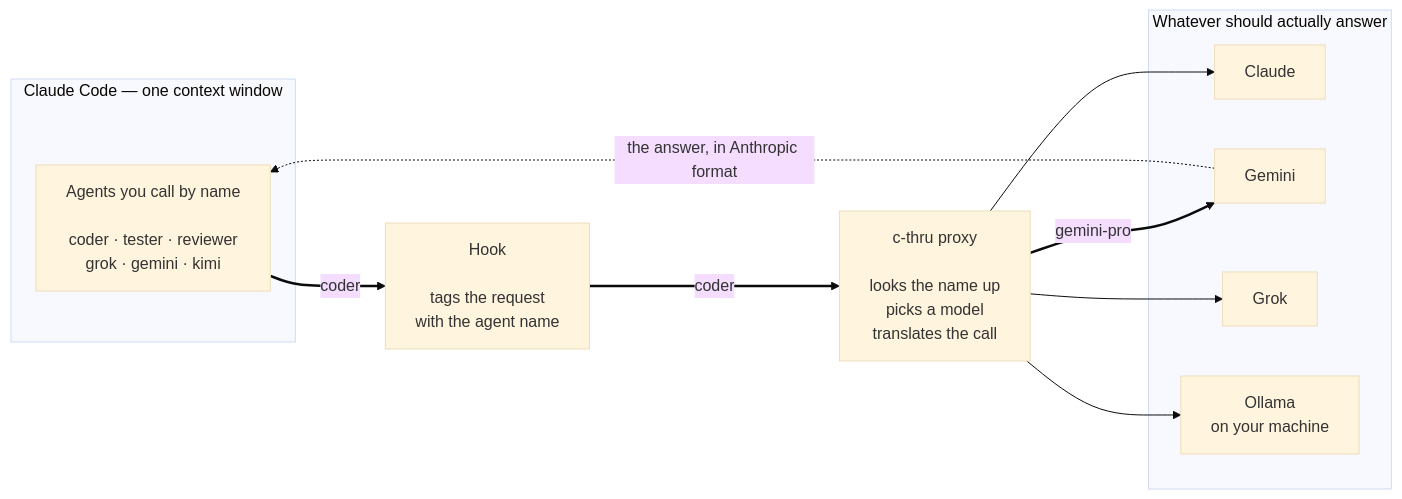
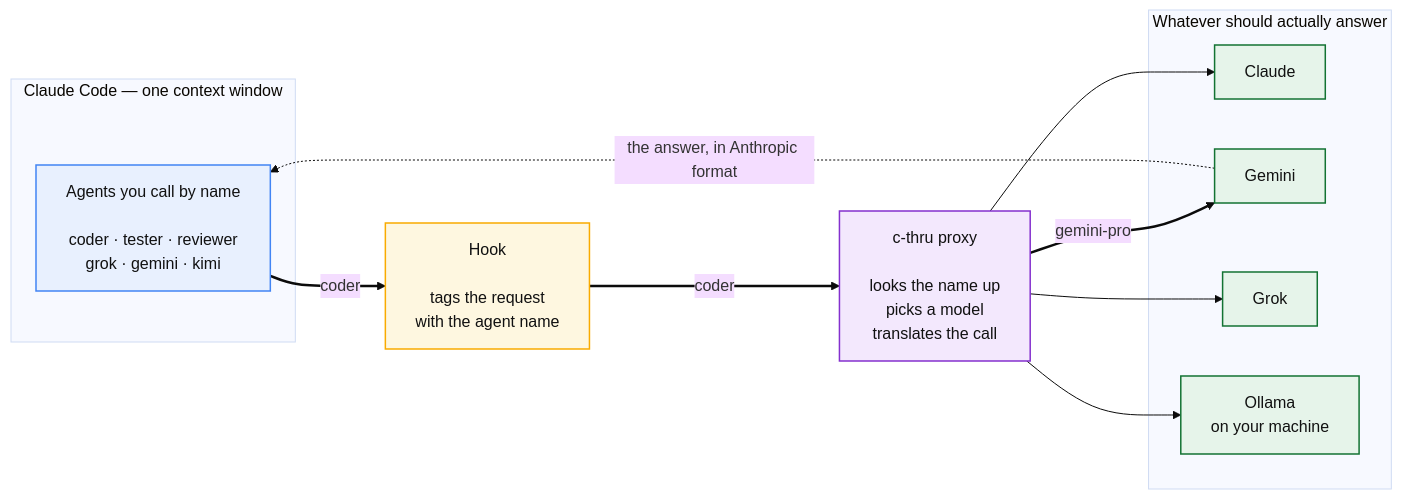
Before and after one commit to whichguy/c-thru: the second of 6 diagrams in README.md, drawn with Mermaid (base theme). The commit also changed other lines of this file and 1 other file, not shown here.

````diff
--- a/README.md
+++ b/README.md
@@ -169,27 +169,36 @@
 ```mermaid
 flowchart LR
     subgraph CC["Claude Code — one context window"]
         AGENTS["Agents you call by name<br/><br/>coder · tester · reviewer<br/>grok · gemini · kimi"]
     end
 
     HOOK["Hook<br/><br/>tags the request<br/>with the agent name"]
 
     PROXY["c-thru proxy<br/><br/>looks the name up<br/>picks a model<br/>translates the call"]
 
     subgraph MODELS["Whatever should actually answer"]
         M1["Claude"]
         M2["Gemini"]
         M3["Grok"]
         M4["Ollama<br/>on your machine"]
     end
 
     AGENTS -->|"coder"| HOOK
     HOOK -->|"coder"| PROXY
     PROXY -->|"gemini-pro"| M2
     PROXY --> M1
     PROXY --> M3
     PROXY --> M4
     M2 -.->|"the answer, in Anthropic format"| AGENTS
 
     linkStyle 0,1,2 stroke-width:2.5px
+
+    classDef harness  fill:#E8F0FE,stroke:#4285F4,stroke-width:1.5px,color:#111
+    classDef hook     fill:#FEF7E0,stroke:#F9AB00,stroke-width:1.5px,color:#111
+    classDef proxy    fill:#F3E8FD,stroke:#8430CE,stroke-width:1.5px,color:#111
+    classDef provider fill:#E6F4EA,stroke:#137333,stroke-width:1.5px,color:#111
+    class AGENTS harness
+    class HOOK hook
+    class PROXY proxy
+    class M1,M2,M3,M4 provider
 ```
````
